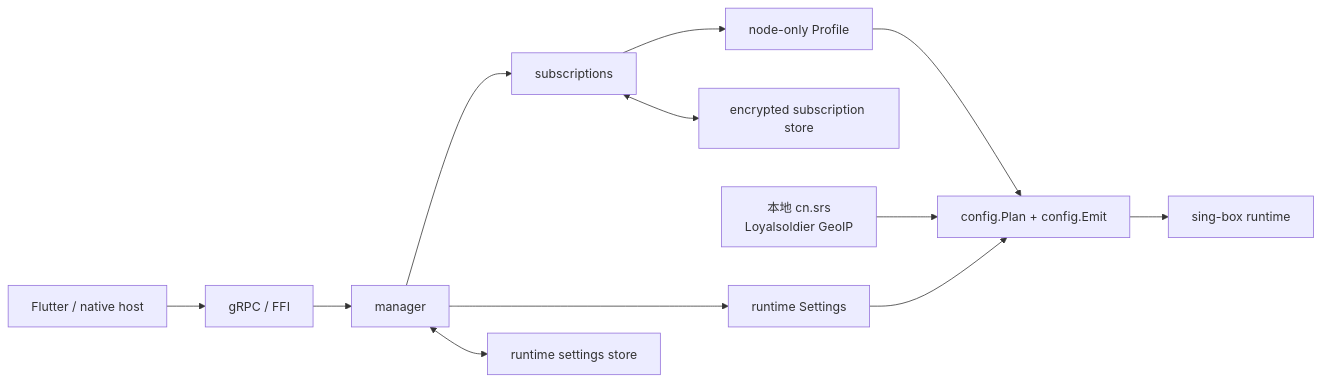
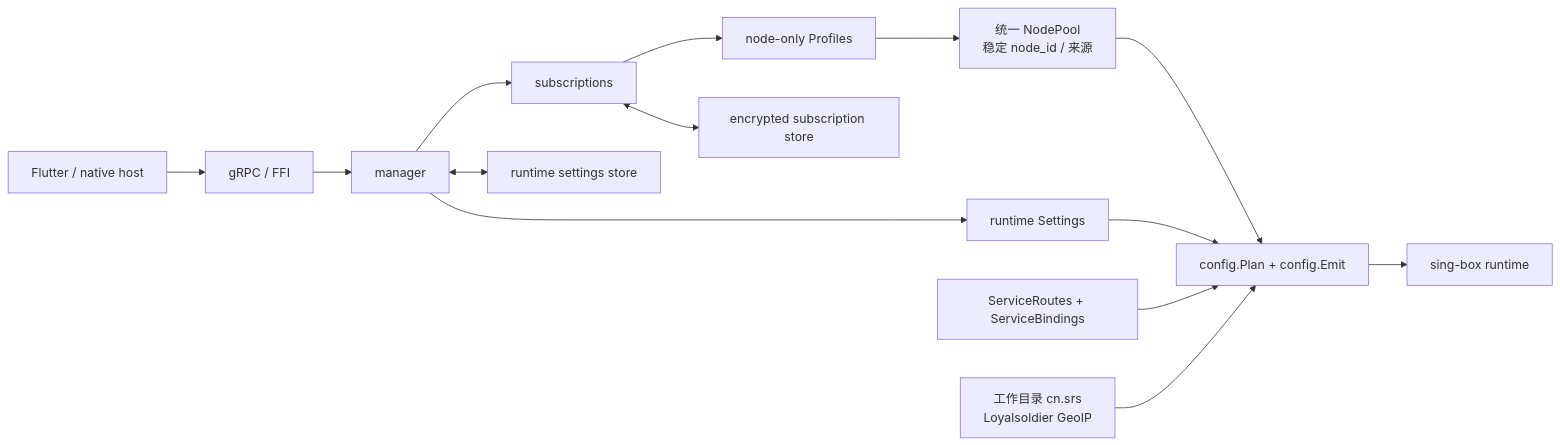
One commit to TargetProxy/TargetLib changed the first of 2 diagrams in docs/DESIGN.md. Above: the diagram before and after it, drawn with Mermaid. The commit also changed other lines of this file and 18 other files, not shown here.

````diff
--- a/docs/DESIGN.md
+++ b/docs/DESIGN.md
@@ -17,14 +17,16 @@
 ```mermaid
 flowchart LR
     HOST["Flutter / native host"] --> API["gRPC / FFI"]
     API --> MANAGER["manager"]
     MANAGER --> SUB["subscriptions"]
-    SUB --> PROFILE["node-only Profile"]
-    PROFILE --> CONFIG["config.Plan + config.Emit"]
+    SUB --> PROFILE["node-only Profiles"]
+    PROFILE --> POOL["统一 NodePool<br/>稳定 node_id / 来源"]
+    POOL --> CONFIG["config.Plan + config.Emit"]
     MANAGER --> SETTINGS["runtime Settings"]
     SETTINGS --> CONFIG
-    SRS["本地 cn.srs<br/>Loyalsoldier GeoIP"] --> CONFIG
+    ROUTES["ServiceRoutes + ServiceBindings"] --> CONFIG
+    SRS["工作目录 cn.srs<br/>Loyalsoldier GeoIP"] --> CONFIG
     CONFIG --> BOX["sing-box runtime"]
     SUB <--> STORE["encrypted subscription store"]
     MANAGER <--> RSTORE["runtime settings store"]
 ```
````
